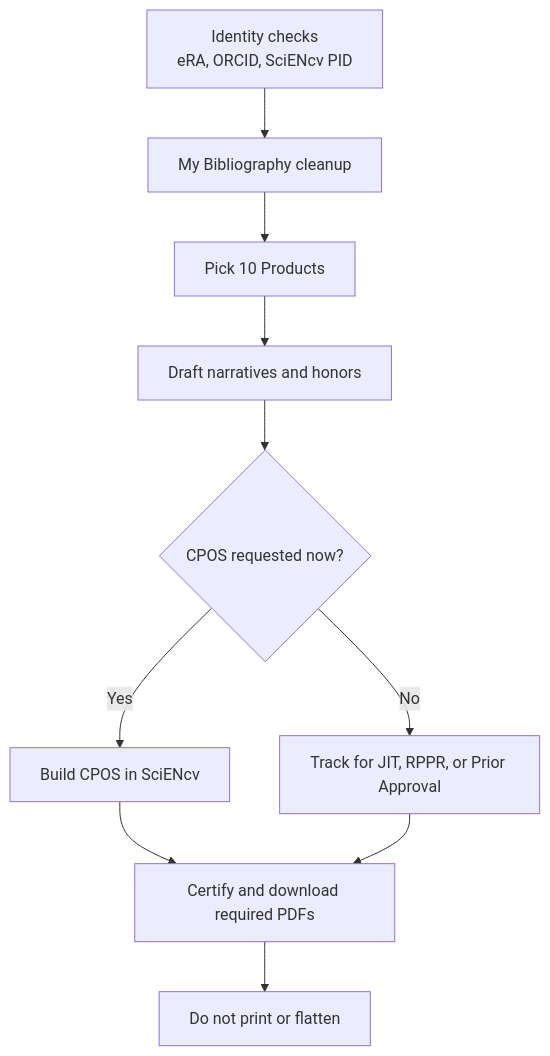
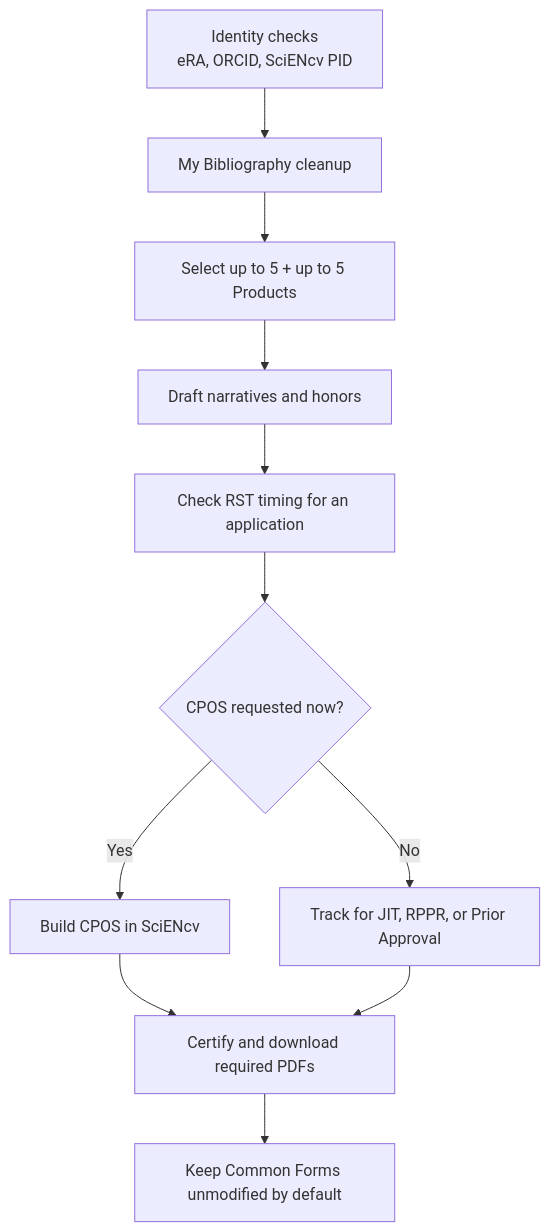
Before and after one commit to FritscheLab/nih-sciencv-playbook: the diagram in docs/quickstarts/pi.md, drawn with Mermaid. The commit also changed other lines of this file and 48 other files, not shown here.

First line of the commit message:
Refactor documentation and templates for NIH Common Forms compliance

````diff
--- a/docs/quickstarts/pi.md
+++ b/docs/quickstarts/pi.md
@@ -30,14 +35,15 @@
 ```mermaid
 flowchart TD
     accTitle: PI quickstart workflow
     accDescr: The PI workflow starts with identity checks, moves through data cleanup and drafting, then ends with individual certification and unmodified PDF handling.
     A["Identity checks<br/>eRA, ORCID, SciENcv PID"] --> B["My Bibliography cleanup"]
-    B --> C["Pick 10 Products"]
+    B --> C["Select up to 5 + up to 5 Products"]
     C --> D["Draft narratives and honors"]
-    D --> E{"CPOS requested now?"}
-    E -- "Yes" --> F["Build CPOS in SciENcv"]
-    E -- "No" --> G["Track for JIT, RPPR, or Prior Approval"]
-    F --> H["Certify and download required PDFs"]
-    G --> H
-    H --> I["Do not print or flatten"]
+    D --> E["Check RST timing for an application"]
+    E --> F{"CPOS requested now?"}
+    F -- "Yes" --> G["Build CPOS in SciENcv"]
+    F -- "No" --> H["Track for JIT, RPPR, or Prior Approval"]
+    G --> I["Certify and download required PDFs"]
+    H --> I
+    I --> J["Keep Common Forms unmodified by default"]
 ```
````
